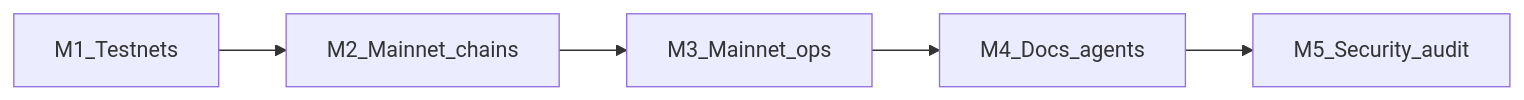
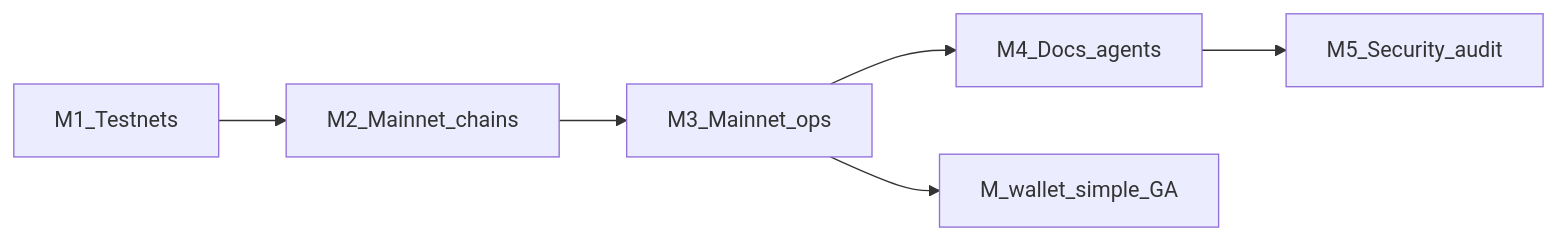
One commit to naiemk/onchain-invoice changed the first of 2 diagrams in ROADMAP.md. Above: the diagram before and after it, drawn with Mermaid. The commit also changed other lines of this file and 42 other files, not shown here.

First line of the commit message:
Identity wallets: delayed restore, operator email recovery, and simple-wallet assurance (#91)

````diff
--- a/ROADMAP.md
+++ b/ROADMAP.md
@@ -5,7 +5,8 @@
 ```mermaid
 flowchart LR
   m1[M1_Testnets] --> m2[M2_Mainnet_chains]
   m2 --> m3[M3_Mainnet_ops]
   m3 --> m4[M4_Docs_agents]
   m4 --> m5[M5_Security_audit]
+  m3 --> mw[M_wallet_simple_GA]
 ```
````
